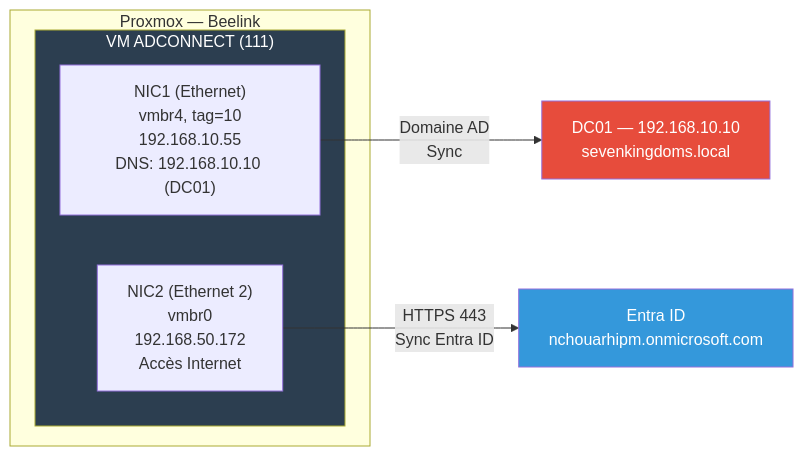
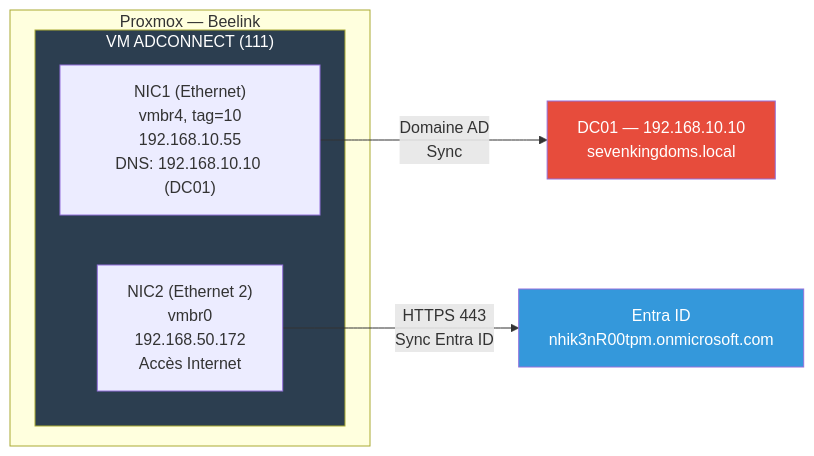
One commit to hikenroot/hikenroot-forge changed the diagram in docs/labs/identity-lab/bloc2-entra-hybrid/SC-ID-011-vm-adconnect.md. Above: the diagram before and after it, drawn with Mermaid. The commit also changed other lines of this file and 42 other files, not shown here.

````diff
--- a/docs/labs/identity-lab/bloc2-entra-hybrid/SC-ID-011-vm-adconnect.md
+++ b/docs/labs/identity-lab/bloc2-entra-hybrid/SC-ID-011-vm-adconnect.md
@@ -31,16 +31,16 @@
 ```mermaid
 graph LR
     subgraph PROXMOX["Proxmox — Beelink"]
         subgraph ADCONNECT["VM ADCONNECT (111)"]
             NIC1["NIC1 (Ethernet)<br/>vmbr4, tag=10<br/>192.168.10.55<br/>DNS: 192.168.10.10 (DC01)"]
             NIC2["NIC2 (Ethernet 2)<br/>vmbr0<br/>192.168.50.172<br/>Accès Internet"]
         end
     end
 
     NIC1 -->|"Domaine AD<br/>Sync"| DC01["DC01 — 192.168.10.10<br/>sevenkingdoms.local"]
-    NIC2 -->|"HTTPS 443<br/>Sync Entra ID"| ENTRA["Entra ID<br/>nchouarhipm.onmicrosoft.com"]
+    NIC2 -->|"HTTPS 443<br/>Sync Entra ID"| ENTRA["Entra ID<br/>nhik3nR00tpm.onmicrosoft.com"]
 
     style ADCONNECT fill:#2c3e50,color:#fff
     style DC01 fill:#e74c3c,color:#fff
     style ENTRA fill:#3498db,color:#fff
 ```
````
